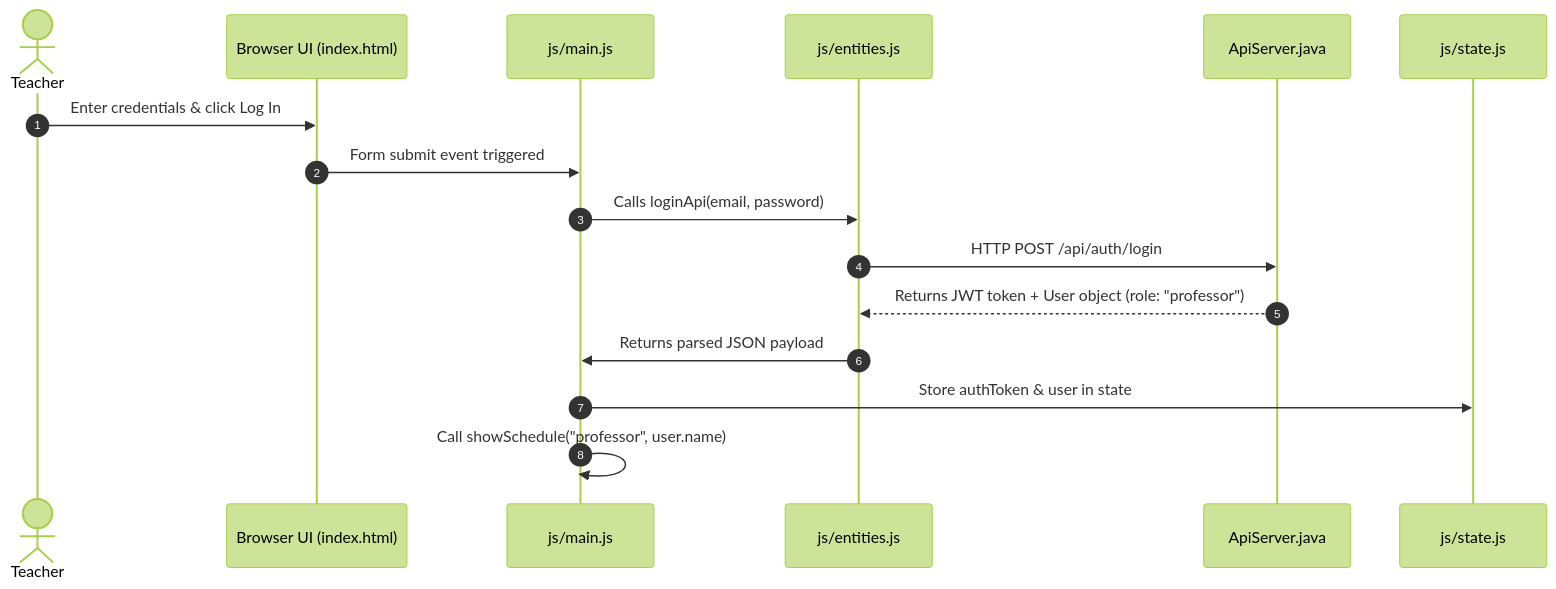
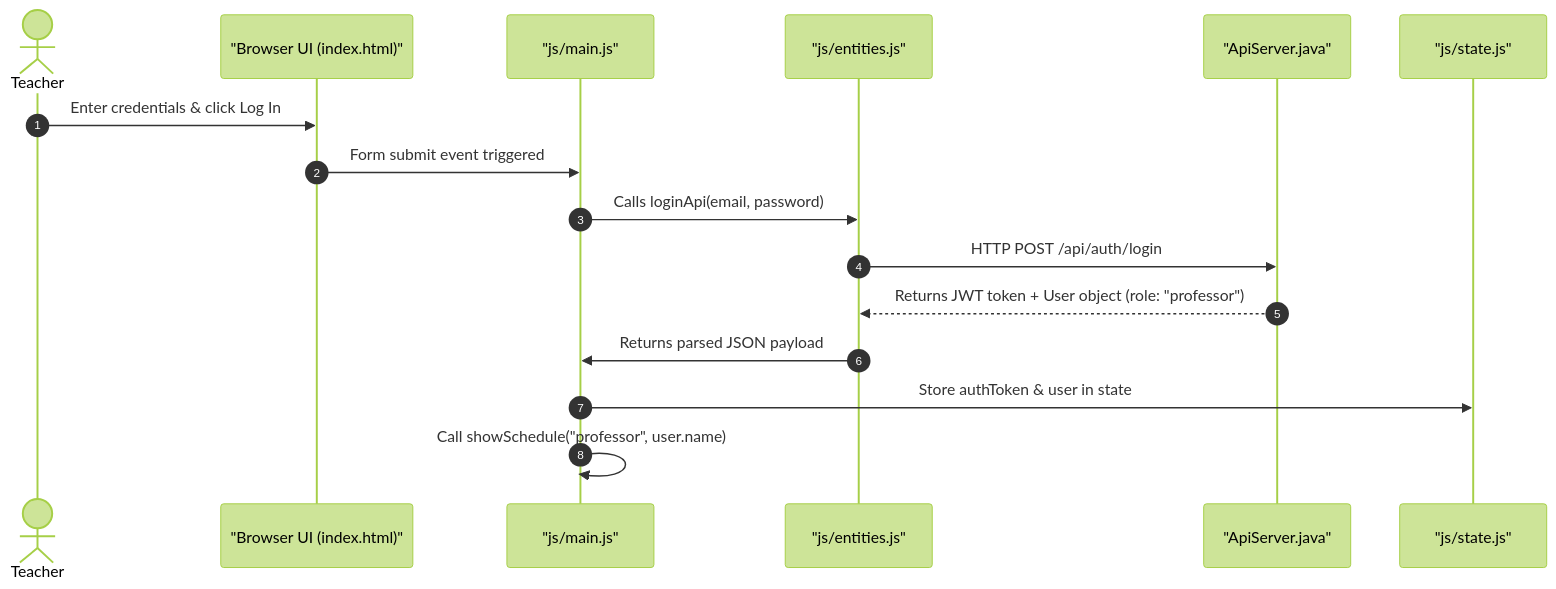
The first of 3 diagrams in documentation/teacher_login_and_scheduling.md (Caro-Sip/Schedule-Management-System), drawn with Mermaid (forest theme) before and after one commit. The commit also changed other lines of this file and 2 other files, not shown here.

````diff
--- a/documentation/teacher_login_and_scheduling.md
+++ b/documentation/teacher_login_and_scheduling.md
@@ -11,19 +11,19 @@
 ```mermaid
 sequenceDiagram
     autonumber
     actor Teacher
-    participant UI as Browser UI (index.html)
-    participant Main as js/main.js
-    participant API as js/entities.js
-    participant Server as ApiServer.java
-    participant State as js/state.js
+    participant UI as "Browser UI (index.html)"
+    participant Main as "js/main.js"
+    participant API as "js/entities.js"
+    participant Server as "ApiServer.java"
+    participant State as "js/state.js"
 
     Teacher->>UI: Enter credentials & click Log In
     UI->>Main: Form submit event triggered
     Main->>API: Calls loginApi(email, password)
     API->>Server: HTTP POST /api/auth/login
     Server-->>API: Returns JWT token + User object (role: "professor")
     API->>Main: Returns parsed JSON payload
     Main->>State: Store authToken & user in state
     Main->>Main: Call showSchedule("professor", user.name)
 ```
````
